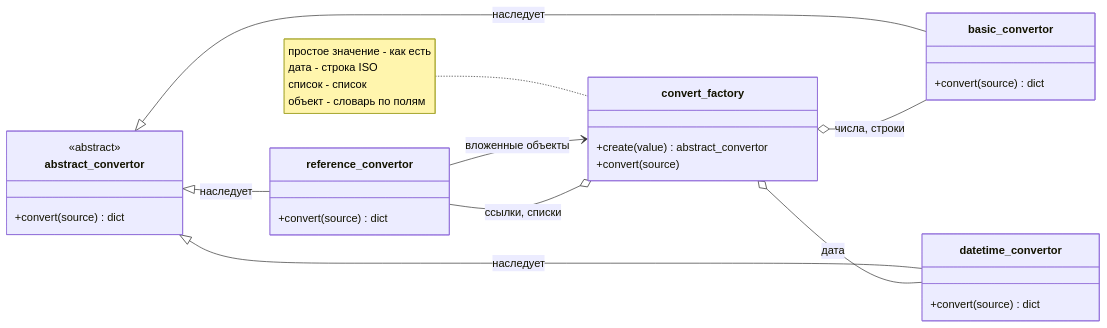
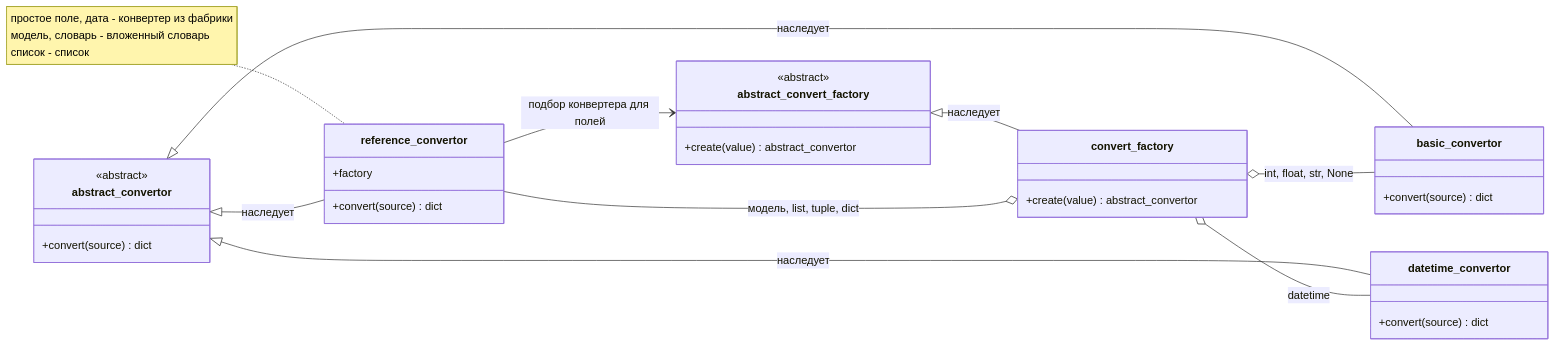
One commit to zenderio-dev/patterns_HW changed the fourth of 4 diagrams in Docs/Uml.md. Above: the diagram before and after it, drawn with Mermaid. The commit also changed other lines of this file, not shown here.

````diff
--- a/Docs/Uml.md
+++ b/Docs/Uml.md
@@ -187,36 +187,42 @@
 ```mermaid
 classDiagram
     direction LR
 
     class abstract_convertor {
         <<abstract>>
         +convert(source) dict
     }
 
     class basic_convertor {
         +convert(source) dict
     }
 
     class datetime_convertor {
         +convert(source) dict
     }
 
     class reference_convertor {
+        +factory
         +convert(source) dict
+    }
+
+    class abstract_convert_factory {
+        <<abstract>>
+        +create(value) abstract_convertor
     }
 
     class convert_factory {
         +create(value) abstract_convertor
-        +convert(source)
     }
 
     abstract_convertor <|-- basic_convertor : наследует
     abstract_convertor <|-- datetime_convertor : наследует
     abstract_convertor <|-- reference_convertor : наследует
-    convert_factory o-- basic_convertor : числа, строки
-    convert_factory o-- datetime_convertor : дата
-    convert_factory o-- reference_convertor : ссылки, списки
-    reference_convertor --> convert_factory : вложенные объекты
+    abstract_convert_factory <|-- convert_factory : наследует
+    convert_factory o-- basic_convertor : int, float, str, None
+    convert_factory o-- datetime_convertor : datetime
+    convert_factory o-- reference_convertor : модель, list, tuple, dict
+    reference_convertor --> abstract_convert_factory : подбор конвертера для полей
 
-    note for convert_factory "простое значение - как есть<br>дата - строка ISO<br>список - список<br>объект - словарь по полям"
+    note for reference_convertor "простое поле, дата - конвертер из фабрики<br>модель, словарь - вложенный словарь<br>список - список"
 ```
````
